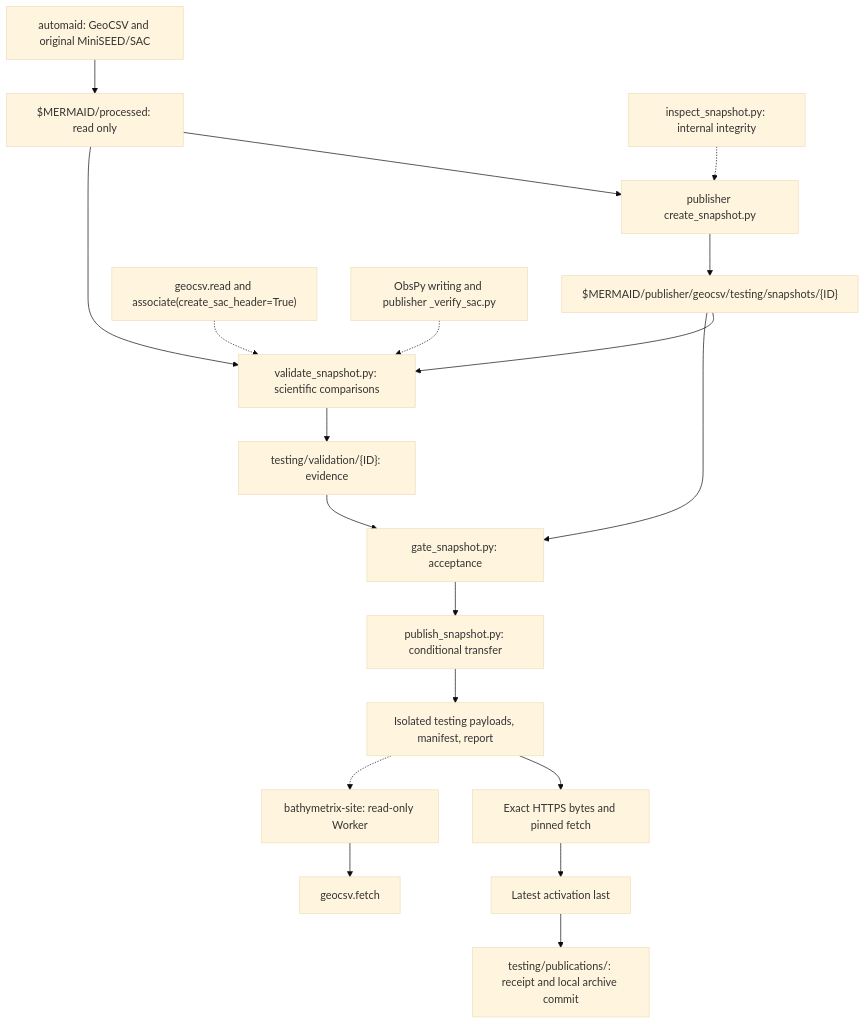
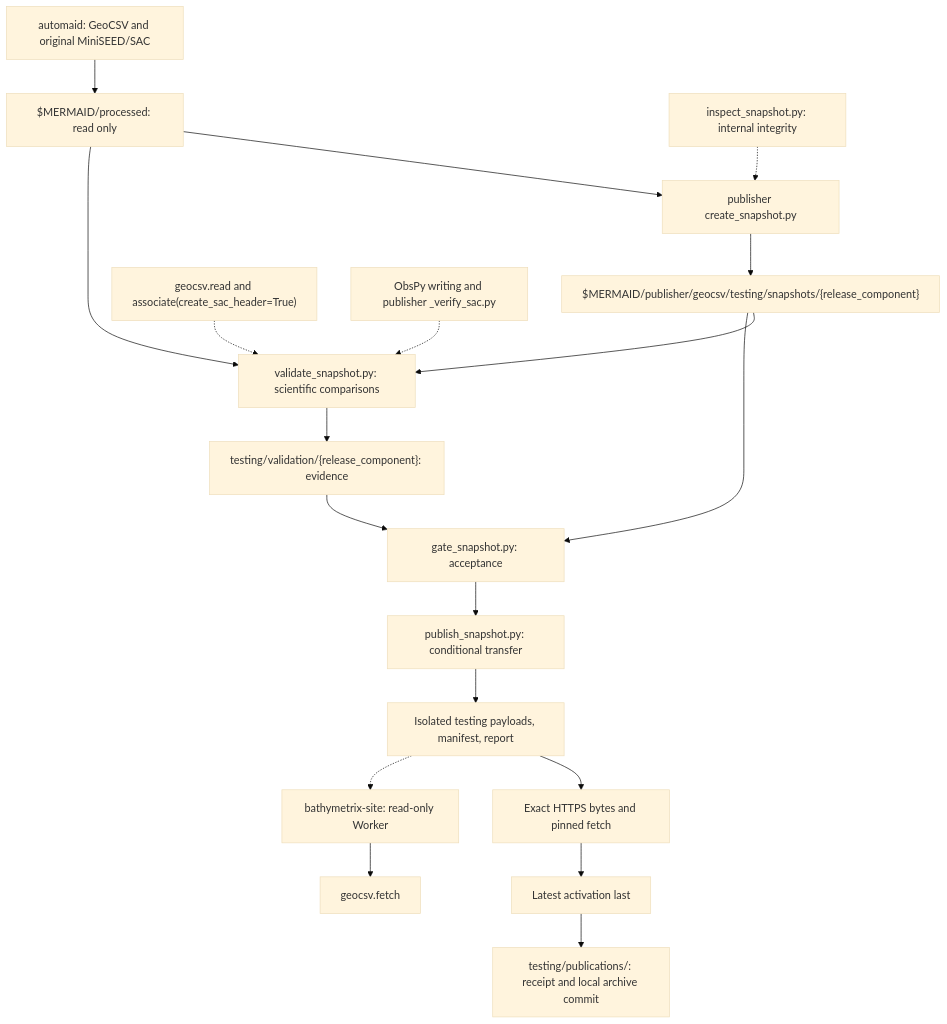
One commit to Bathymetrix/mermaid-geocsv changed the diagram in docs/HOSTING.md. Above: the diagram before and after it, drawn with Mermaid (base theme). The commit also changed other lines of this file and 5 other files, not shown here.

````diff
--- a/docs/HOSTING.md
+++ b/docs/HOSTING.md
@@ -61,21 +64,21 @@
 ```mermaid
 flowchart TB
     upstream["automaid: GeoCSV and original MiniSEED/SAC"] --> source["$MERMAID/processed: read only"]
     source --> create["publisher create_snapshot.py"]
     inspect["inspect_snapshot.py: internal integrity"] -.-> create
-    create --> candidate["$MERMAID/publisher/geocsv/testing/snapshots/{ID}"]
+    create --> candidate["$MERMAID/publisher/geocsv/testing/snapshots/{release_component}"]
     candidate --> validate["validate_snapshot.py: scientific comparisons"]
     source --> validate
     api["geocsv.read and associate(create_sac_header=True)"] -.-> validate
     sac["ObsPy writing and publisher _verify_sac.py"] -.-> validate
-    validate --> report["testing/validation/{ID}: evidence"]
+    validate --> report["testing/validation/{release_component}: evidence"]
     report --> gate["gate_snapshot.py: acceptance"]
     candidate --> gate
     gate --> publish["publish_snapshot.py: conditional transfer"]
     publish --> remote["Isolated testing payloads, manifest, report"]
     remote --> checks["Exact HTTPS bytes and pinned fetch"]
     checks --> latest["Latest activation last"]
     latest --> record["testing/publications/: receipt and local archive commit"]
     remote -.-> website["bathymetrix-site: read-only Worker"]
     website --> fetch["geocsv.fetch"]
 ```
````
